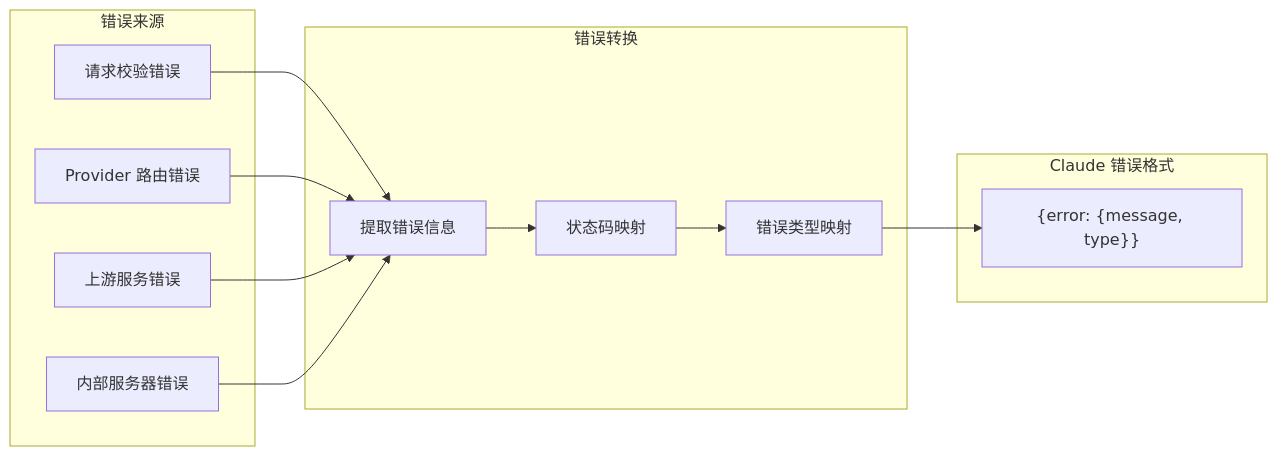
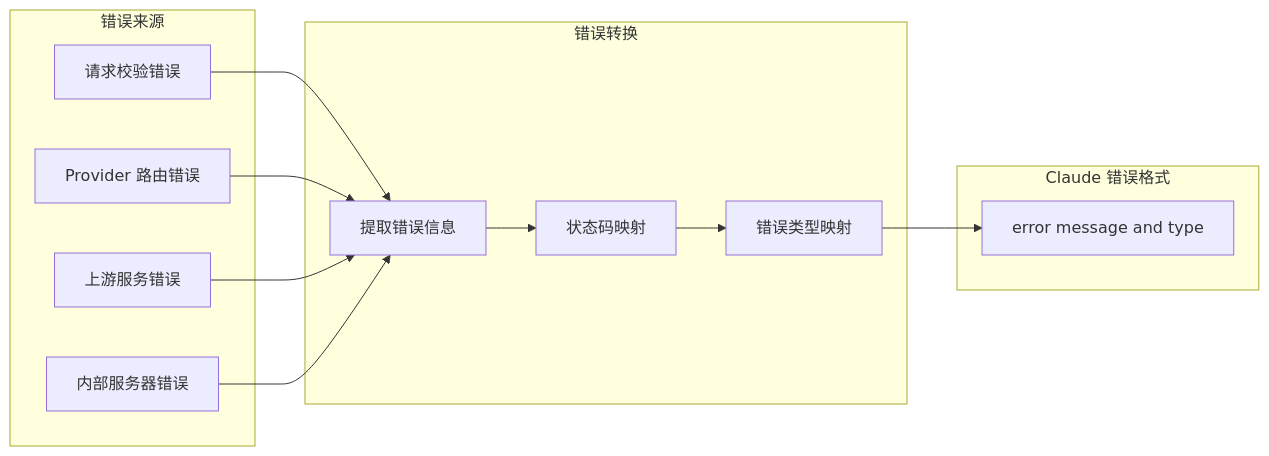
Diagram 11 of 17 in claudecode/技术方案.md (RudolphHuang/openclaw_doc), drawn with Mermaid before and after one commit. The commit also changed other lines of this file, not shown here.

````diff
--- a/claudecode/技术方案.md
+++ b/claudecode/技术方案.md
@@ -370,28 +370,28 @@
 ```mermaid
 flowchart LR
     subgraph "错误来源"
         E1[请求校验错误]
         E2[Provider 路由错误]
         E3[上游服务错误]
         E4[内部服务器错误]
     end
 
     subgraph "错误转换"
         T1[提取错误信息]
         T2[状态码映射]
         T3[错误类型映射]
     end
 
     subgraph "Claude 错误格式"
-        C1["{error: {message, type}}"]
+        C1[error message and type]
     end
 
     E1 --> T1
     E2 --> T1
     E3 --> T1
     E4 --> T1
     
     T1 --> T2
     T2 --> T3
     T3 --> C1
 ```
````
